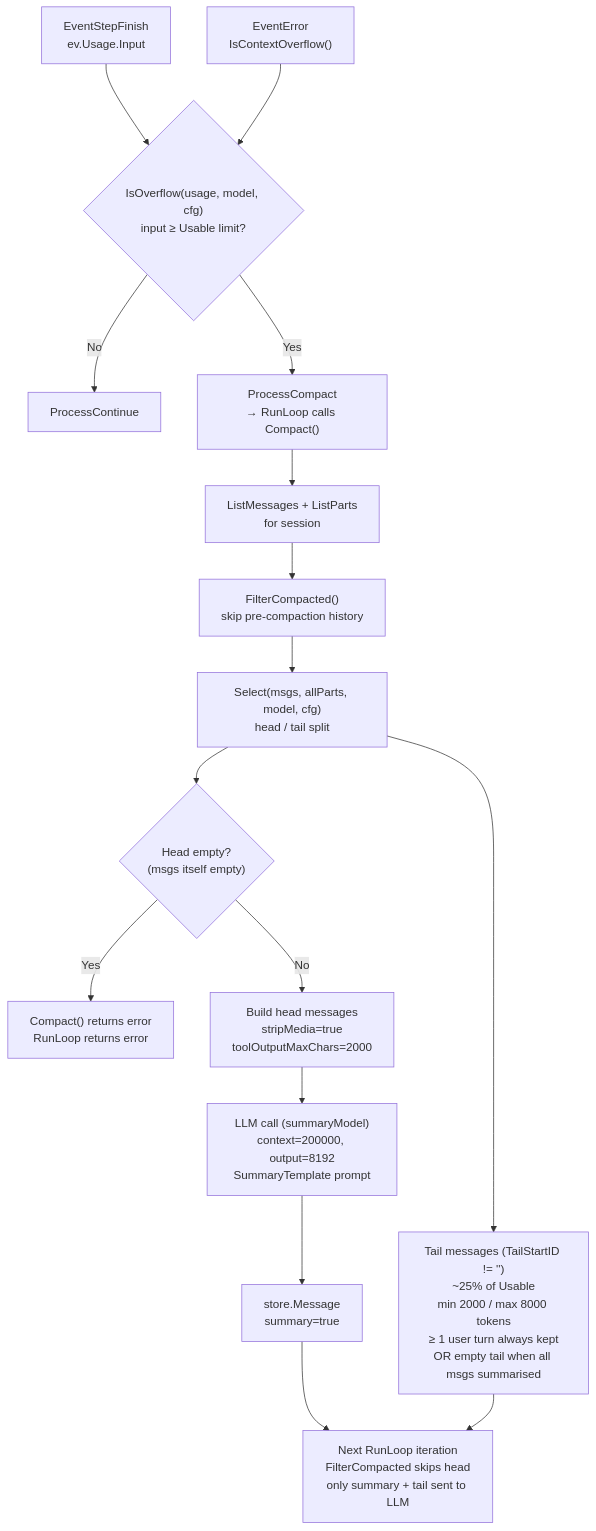
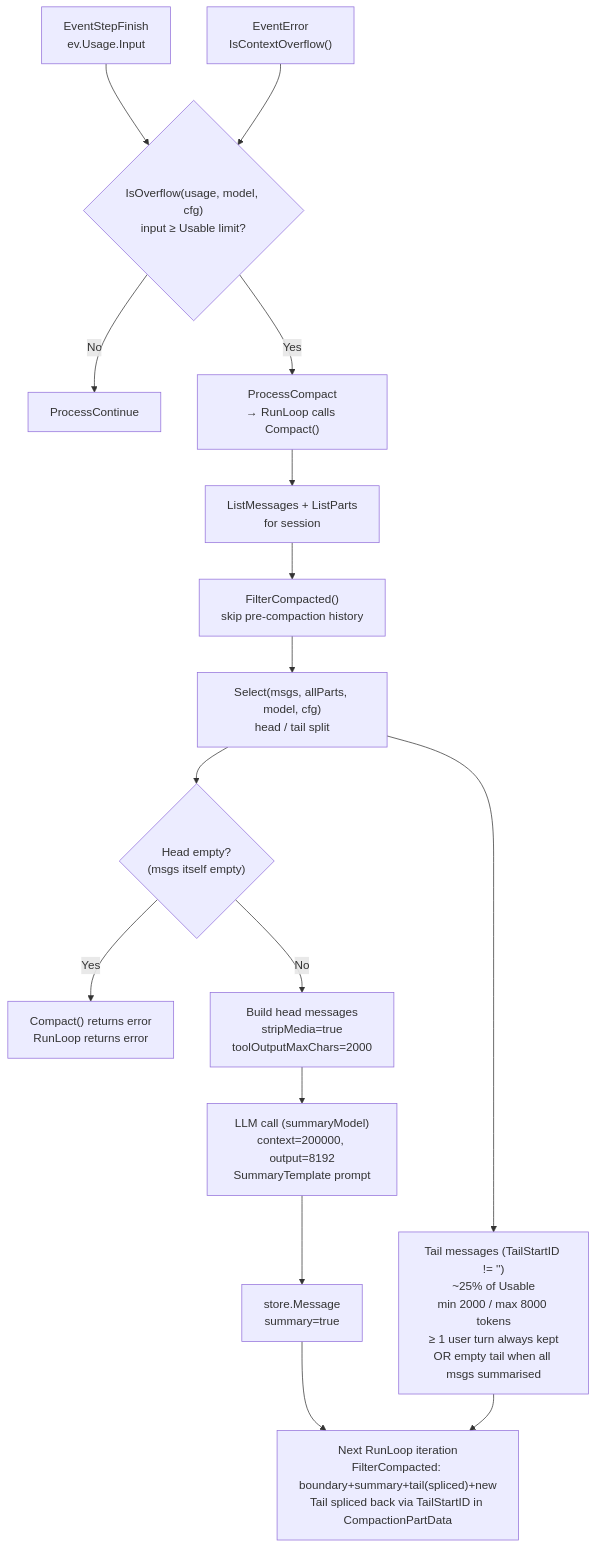
Before and after one commit to larryhou/llm-go: the third of 9 diagrams in .opencode/skills/llm/SKILL.md, drawn with Mermaid. The commit also changed other lines of this file and 4 other files, not shown here.

First line of the commit message:
fix(compaction): tail messages lost from context window after Compact()

````diff
--- a/.opencode/skills/llm/SKILL.md
+++ b/.opencode/skills/llm/SKILL.md
@@ -96,23 +96,23 @@
 ```mermaid
 flowchart TD
     StepFinish["EventStepFinish\nev.Usage.Input"] --> IsOverflow{"IsOverflow(usage, model, cfg)\ninput ≥ Usable limit?"}
     ProviderError["EventError\nIsContextOverflow()"] --> IsOverflow
     IsOverflow -- No --> Continue["ProcessContinue"]
     IsOverflow -- Yes --> ProcessCompact["ProcessCompact\n→ RunLoop calls Compact()"]
 
     ProcessCompact --> ListMsgs["ListMessages + ListParts\nfor session"]
     ListMsgs --> FilterCompacted["FilterCompacted()\nskip pre-compaction history"]
     FilterCompacted --> Select["Select(msgs, allParts, model, cfg)\nhead / tail split"]
 
     Select --> NothingToSummarise{"Head empty?\n(msgs itself empty)"}
     NothingToSummarise -- Yes --> CompactFail["Compact() returns error\nRunLoop returns error"]
     NothingToSummarise -- No --> BuildHead["Build head messages\nstripMedia=true\ntoolOutputMaxChars=2000"]
 
     BuildHead --> SummaryLLM["LLM call (summaryModel)\ncontext=200000, output=8192\nSummaryTemplate prompt"]
     SummaryLLM --> SummaryMsg["store.Message\nsummary=true"]
 
     Select --> Tail["Tail messages (TailStartID != '')\n~25% of Usable\nmin 2000 / max 8000 tokens\n≥ 1 user turn always kept\nOR empty tail when all msgs summarised"]
 
-    SummaryMsg --> NextTurn["Next RunLoop iteration\nFilterCompacted skips head\nonly summary + tail sent to LLM"]
+    SummaryMsg --> NextTurn["Next RunLoop iteration\nFilterCompacted: boundary+summary+tail(spliced)+new\nTail spliced back via TailStartID in CompactionPartData"]
     Tail --> NextTurn
 ```
````
